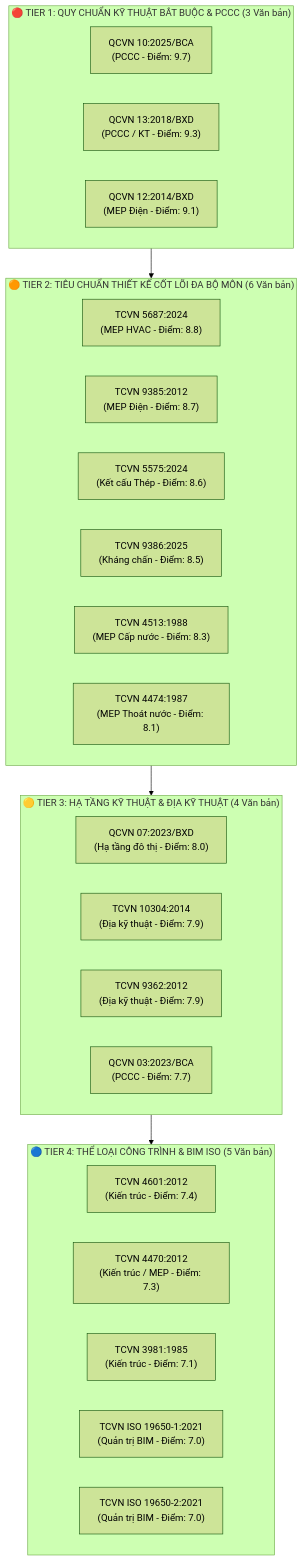
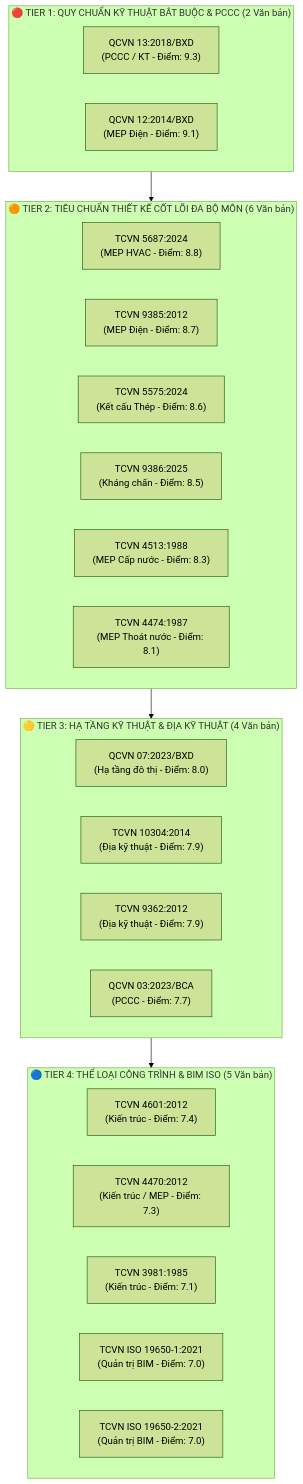
Before and after one commit to vvChu/ccba-legal-knowledge: the diagram in .md/knowledge/expansion_roadmap.md, drawn with Mermaid (forest theme). The commit also changed other lines of this file and 136 other files, not shown here.

First line of the commit message:
feat: complete QCVN 10:2025/BCA OKF v2.4 bundle & migrate legacy workflows to skills (#2)

````diff
--- a/.md/knowledge/expansion_roadmap.md
+++ b/.md/knowledge/expansion_roadmap.md
@@ -23,36 +23,35 @@
 ```mermaid
 graph TD
-    subgraph T1["🔴 TIER 1: QUY CHUẨN KỸ THUẬT BẮT BUỘC & PCCC (3 Văn bản)"]
-        T1_1["QCVN 10:2025/BCA<br/>(PCCC - Điểm: 9.7)"]
-        T1_2["QCVN 13:2018/BXD<br/>(PCCC / KT - Điểm: 9.3)"]
-        T1_3["QCVN 12:2014/BXD<br/>(MEP Điện - Điểm: 9.1)"]
+    subgraph T1["🔴 TIER 1: QUY CHUẨN KỸ THUẬT BẮT BUỘC & PCCC (2 Văn bản)"]
+        T1_1["QCVN 13:2018/BXD<br/>(PCCC / KT - Điểm: 9.3)"]
+        T1_2["QCVN 12:2014/BXD<br/>(MEP Điện - Điểm: 9.1)"]
     end
 
     subgraph T2["🟠 TIER 2: TIÊU CHUẨN THIẾT KẾ CỐT LÕI ĐA BỘ MÔN (6 Văn bản)"]
         T2_1["TCVN 5687:2024<br/>(MEP HVAC - Điểm: 8.8)"]
         T2_2["TCVN 9385:2012<br/>(MEP Điện - Điểm: 8.7)"]
         T2_3["TCVN 5575:2024<br/>(Kết cấu Thép - Điểm: 8.6)"]
         T2_4["TCVN 9386:2025<br/>(Kháng chấn - Điểm: 8.5)"]
         T2_5["TCVN 4513:1988<br/>(MEP Cấp nước - Điểm: 8.3)"]
         T2_6["TCVN 4474:1987<br/>(MEP Thoát nước - Điểm: 8.1)"]
     end
 
     subgraph T3["🟡 TIER 3: HẠ TẦNG KỸ THUẬT & ĐỊA KỸ THUẬT (4 Văn bản)"]
         T3_1["QCVN 07:2023/BXD<br/>(Hạ tầng đô thị - Điểm: 8.0)"]
         T3_2["TCVN 10304:2014<br/>(Địa kỹ thuật - Điểm: 7.9)"]
         T3_3["TCVN 9362:2012<br/>(Địa kỹ thuật - Điểm: 7.9)"]
         T3_4["QCVN 03:2023/BCA<br/>(PCCC - Điểm: 7.7)"]
     end
 
     subgraph T4["🔵 TIER 4: THỂ LOẠI CÔNG TRÌNH & BIM ISO (5 Văn bản)"]
         T4_1["TCVN 4601:2012<br/>(Kiến trúc - Điểm: 7.4)"]
         T4_2["TCVN 4470:2012<br/>(Kiến trúc / MEP - Điểm: 7.3)"]
         T4_3["TCVN 3981:1985<br/>(Kiến trúc - Điểm: 7.1)"]
         T4_4["TCVN ISO 19650-1:2021<br/>(Quản trị BIM - Điểm: 7.0)"]
         T4_5["TCVN ISO 19650-2:2021<br/>(Quản trị BIM - Điểm: 7.0)"]
     end
 
     T1 --> T2
     T2 --> T3
     T3 --> T4
 ```
````
